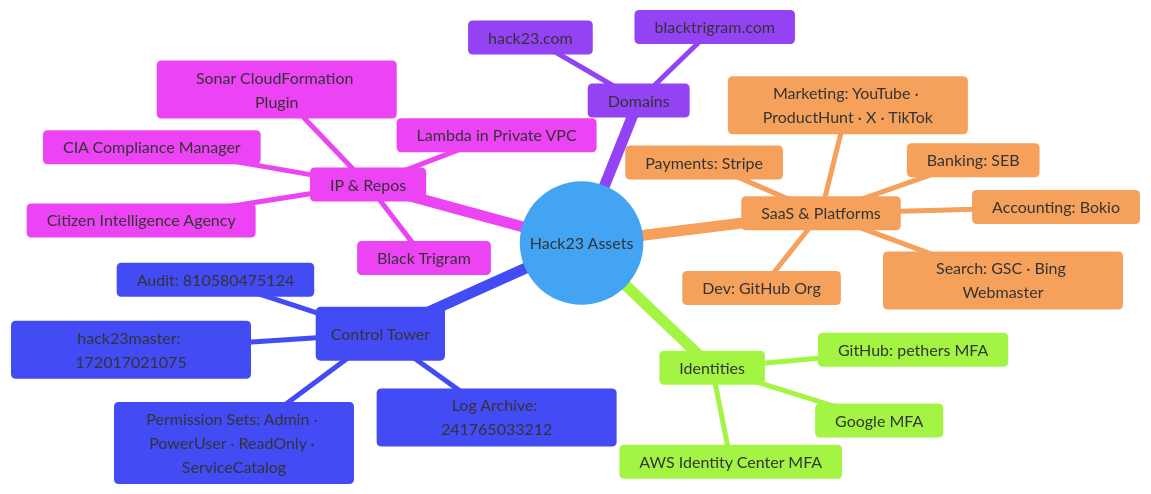
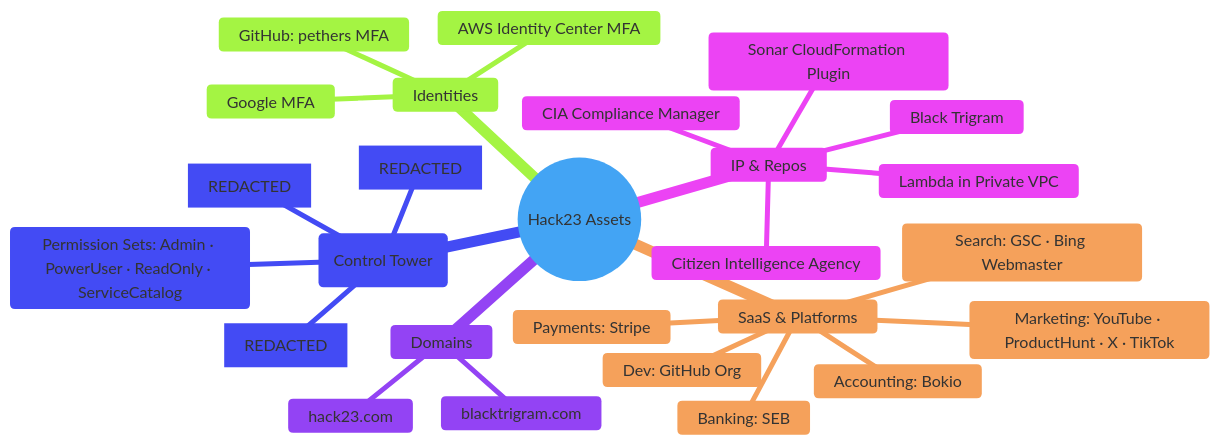
Before and after one commit to Hack23/ISMS-PUBLIC: the first of 8 diagrams in Asset_Register.md, drawn with Mermaid. The commit also changed other lines of this file, not shown here.

````diff
--- a/Asset_Register.md
+++ b/Asset_Register.md
@@ -60,32 +60,32 @@
 ```mermaid
 %%{
   init: { 'theme': 'base', 'themeVariables': { 'primaryColor': '#bbdefb', 'lineColor': '#90caf9' } }
 }%%
 mindmap
   root((Hack23 Assets))
     Identities
       Google MFA
       GitHub: pethers MFA
       AWS Identity Center MFA
     SaaS & Platforms
       Accounting: Bokio
       Banking: SEB
       Dev: GitHub Org
       Payments: Stripe
       Marketing: YouTube · ProductHunt · X · TikTok
       Search: GSC · Bing Webmaster
     AWS Org (Control Tower)
-      Audit: 810580475124
-      Log Archive: 241765033212
-      hack23master: 172017021075
+      Audit: [REDACTED]
+      Log Archive: [REDACTED]
+      hack23master: [REDACTED]
       Permission Sets: Admin · PowerUser · ReadOnly · ServiceCatalog
     Domains
       hack23.com
       blacktrigram.com
     IP & Repos
       Black Trigram
       CIA Compliance Manager
       Citizen Intelligence Agency
       Lambda in Private VPC
       Sonar CloudFormation Plugin
 ```
````
